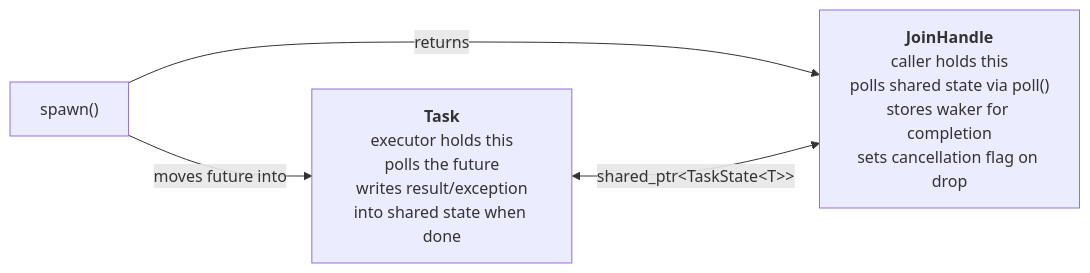
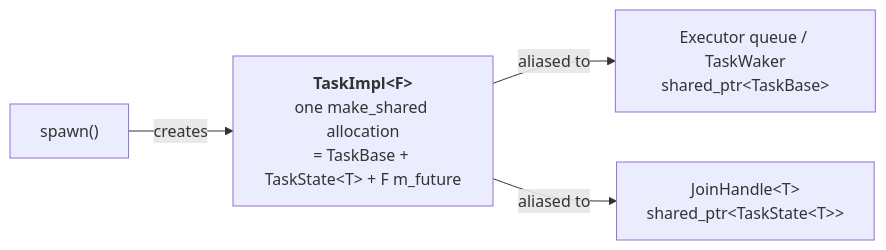
The first of 2 diagrams in doc/task_and_executor.md (bts164/coro), drawn with Mermaid before and after one commit. The commit also changed other lines of this file and 24 other files, not shown here.

Commit message:
Combined TaskState, Task, and Task::Pollable into a single object so that only one memory allocation is needed per task instead of three

````diff
--- a/doc/task_and_executor.md
+++ b/doc/task_and_executor.md
@@ -221,12 +225,11 @@
 ```mermaid
 flowchart LR
     S["spawn()"]
+    I["<b>TaskImpl&lt;F&gt;</b><br/>one make_shared allocation<br/>= TaskBase + TaskState&lt;T&gt; + F m_future"]
+    E["Executor queue / TaskWaker<br/>shared_ptr&lt;TaskBase&gt;"]
+    J["JoinHandle&lt;T&gt;<br/>shared_ptr&lt;TaskState&lt;T&gt;&gt;"]
 
-    S -->|"moves future into"| T
-    S -->|"returns"| J
-
-    T["<b>Task</b><br/>executor holds this<br/>polls the future<br/>writes result/exception<br/>into shared state when done"]
-    J["<b>JoinHandle</b><br/>caller holds this<br/>polls shared state via poll()<br/>stores waker for completion<br/>sets cancellation flag on drop"]
-
-    T <-->|"shared_ptr&lt;TaskState&lt;T&gt;&gt;"| J
+    S -->|"creates"| I
+    I -->|"aliased to"| E
+    I -->|"aliased to"| J
 ```
````
